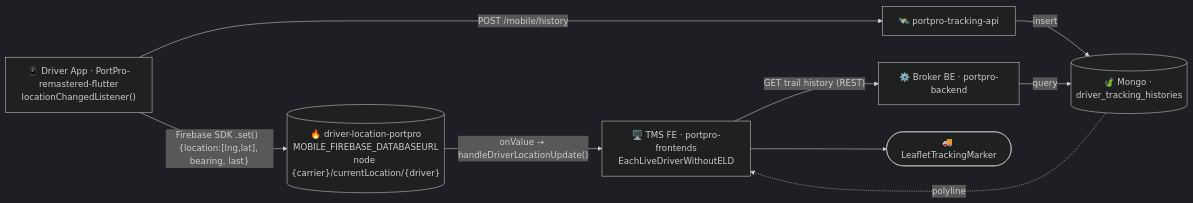
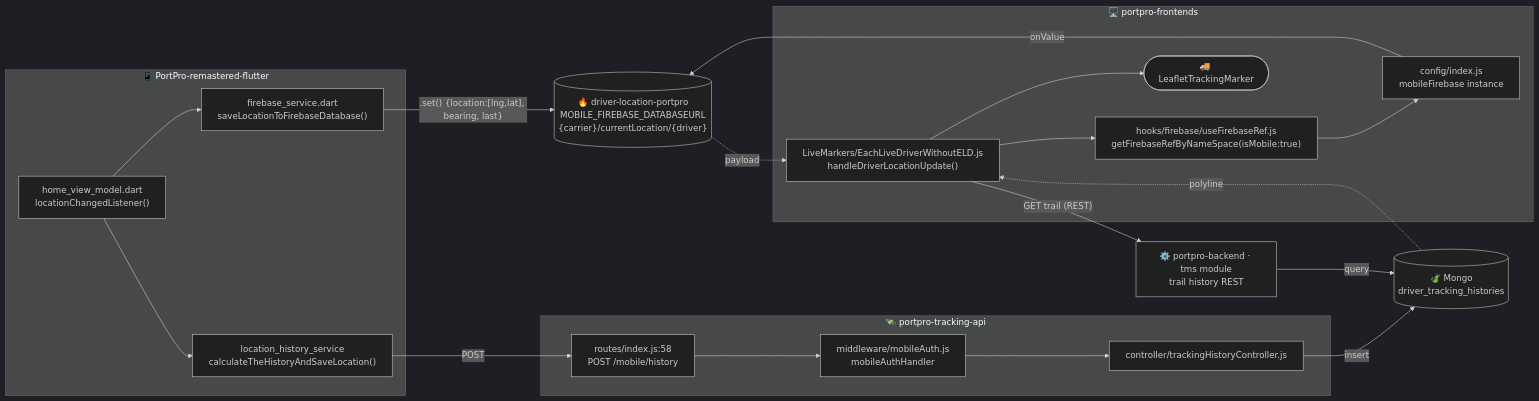
One commit to lamadev7/Obsidian-Vault changed the second of 2 diagrams in raw/Live Tracking Architecture/01 - Flow 1 - Carrier to Own Driver.md. Above: the diagram before and after it, drawn with Mermaid (dark theme). The commit also changed 2 other files, not shown here.

Commit message:
Add internal module/file nodes to detailed diagrams (FE picker/config, tracking-api mw, BE modules)

````diff
--- a/raw/Live Tracking Architecture/01 - Flow 1 - Carrier to Own Driver.md
+++ b/raw/Live Tracking Architecture/01 - Flow 1 - Carrier to Own Driver.md
@@ -39,19 +39,29 @@
 ```mermaid
 flowchart LR
-  App["📱 Driver App · PortPro-remastered-flutter<br/>locationChangedListener()"]
-  FB[("🔥 driver-location-portpro<br/>MOBILE_FIREBASE_DATABASEURL<br/>node {carrier}/currentLocation/{driver}")]
-  TA["🛰️ portpro-tracking-api"]
-  M[("🍃 Mongo · driver_tracking_histories")]
-  FE["🖥️ TMS FE · portpro-frontends<br/>EachLiveDriverWithoutELD"]
-  BE["⚙️ Broker BE · portpro-backend"]
-  MK(["🚚 LeafletTrackingMarker"])
+  subgraph APPG["📱 PortPro-remastered-flutter"]
+    HVM["home_view_model.dart<br/>locationChangedListener()"]
+    FS["firebase_service.dart<br/>saveLocationToFirebaseDatabase()"]
+    LHS["location_history_service<br/>calculateTheHistoryAndSaveLocation()"]
+  end
+  FB[("🔥 driver-location-portpro<br/>MOBILE_FIREBASE_DATABASEURL<br/>{carrier}/currentLocation/{driver}")]
+  subgraph TAG["🛰️ portpro-tracking-api"]
+    RT["routes/index.js:58<br/>POST /mobile/history"]
+    MA["middleware/mobileAuth.js<br/>mobileAuthHandler"]
+    THC["controller/trackingHistoryController.js"]
+  end
+  M[("🍃 Mongo<br/>driver_tracking_histories")]
+  subgraph FEG["🖥️ portpro-frontends"]
+    ELD["LiveMarkers/EachLiveDriverWithoutELD.js<br/>handleDriverLocationUpdate()"]
+    HOOK["hooks/firebase/useFirebaseRef.js<br/>getFirebaseRefByNameSpace(isMobile:true)"]
+    CFG["config/index.js<br/>mobileFirebase instance"]
+    MK(["🚚 LeafletTrackingMarker"])
+  end
+  BE["⚙️ portpro-backend · tms module<br/>trail history REST"]
 
-  App -->|"Firebase SDK .set()  {location:[lng,lat], bearing, last}"| FB
-  App -->|"POST /mobile/history"| TA
-  TA -->|"insert"| M
-  FB -->|"onValue → handleDriverLocationUpdate()"| FE
-  FE -->|"GET trail history (REST)"| BE
-  BE -->|"query"| M
-  M -.->|"polyline"| FE
-  FE --> MK
+  HVM --> FS -->|".set() {location:[lng,lat], bearing, last}"| FB
+  HVM --> LHS -->|"POST"| RT --> MA --> THC -->|"insert"| M
+  ELD --> HOOK --> CFG -->|"onValue"| FB
+  FB -.->|"payload"| ELD --> MK
+  ELD -->|"GET trail (REST)"| BE -->|"query"| M
+  M -.->|"polyline"| ELD
 ```
````
